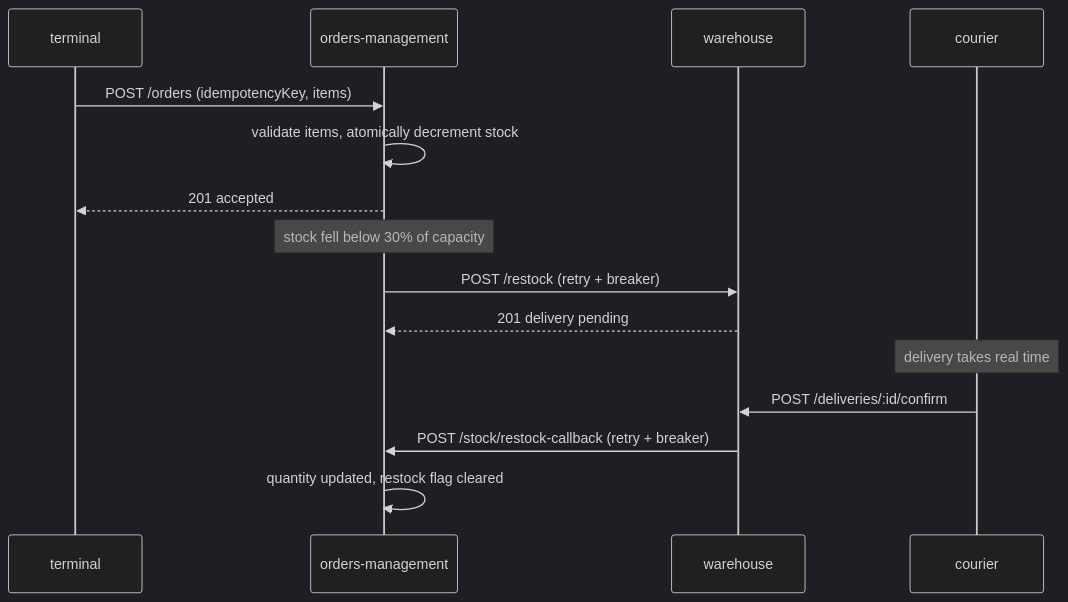
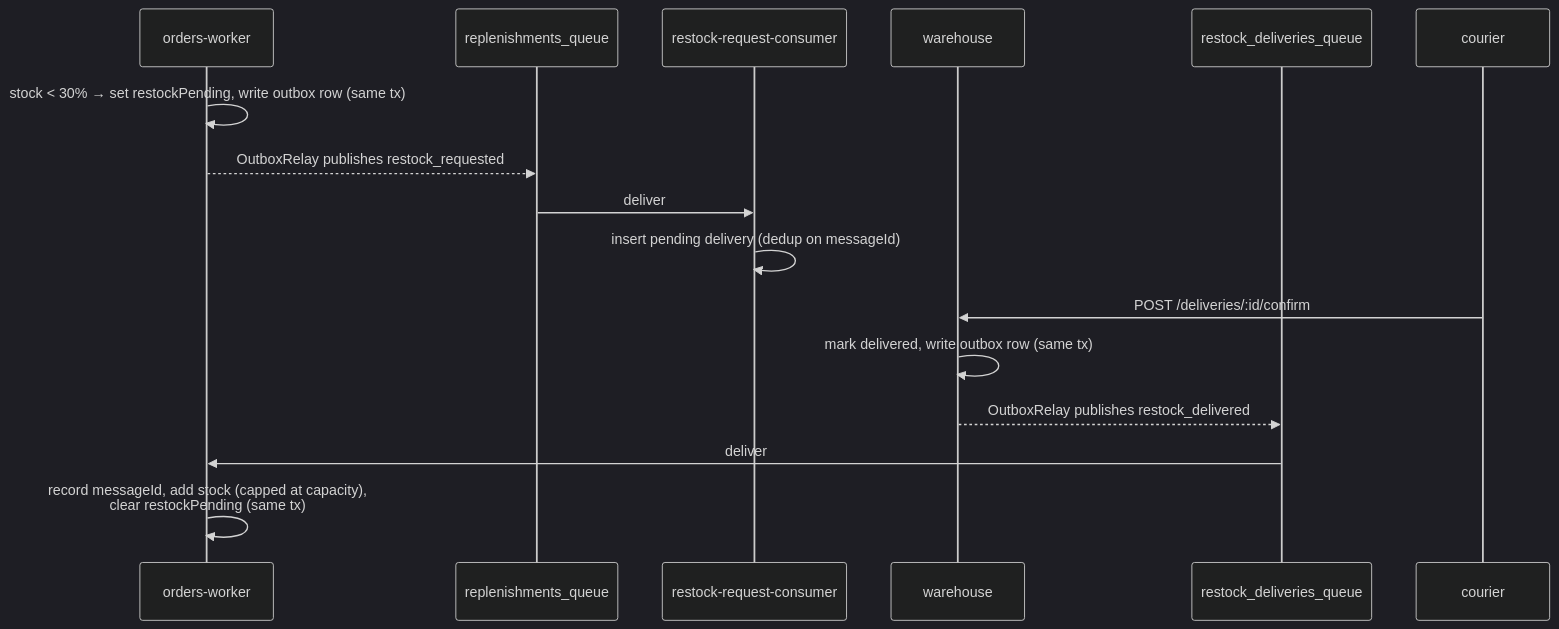
Before and after one commit to TarasKlimarchuk/Dogged-rabbitmq: the diagram in README.md, drawn with Mermaid (dark theme). The commit also changed other lines of this file, not shown here.

Commit message:
Rewrite README for the RabbitMQ architecture

````diff
--- a/README.md
+++ b/README.md
@@ -46,17 +88,18 @@
 ```mermaid
 sequenceDiagram
-    participant T as terminal
-    participant O as orders-management
-    participant W as warehouse
-    participant C as courier
-    T->>O: POST /orders (idempotencyKey, items)
-    O->>O: validate items, atomically decrement stock
-    O-->>T: 201 accepted
-    Note over O: stock fell below 30% of capacity
-    O->>W: POST /restock (retry + breaker)
-    W-->>O: 201 delivery pending
-    Note over C: delivery takes real time
-    C->>W: POST /deliveries/:id/confirm
-    W->>O: POST /stock/restock-callback (retry + breaker)
-    O->>O: quantity updated, restock flag cleared
+    participant OW as orders-worker
+    participant RQ as replenishments_queue
+    participant RC as restock-request-consumer
+    participant WH as warehouse
+    participant DQ as restock_deliveries_queue
+    participant K as courier
+    OW->>OW: stock < 30% → set restockPending, write outbox row (same tx)
+    OW-->>RQ: OutboxRelay publishes restock_requested
+    RQ->>RC: deliver
+    RC->>RC: insert pending delivery (dedup on messageId)
+    K->>WH: POST /deliveries/:id/confirm
+    WH->>WH: mark delivered, write outbox row (same tx)
+    WH-->>DQ: OutboxRelay publishes restock_delivered
+    DQ->>OW: deliver
+    OW->>OW: record messageId, add stock (capped at capacity),<br/>clear restockPending (same tx)
 ```
````
